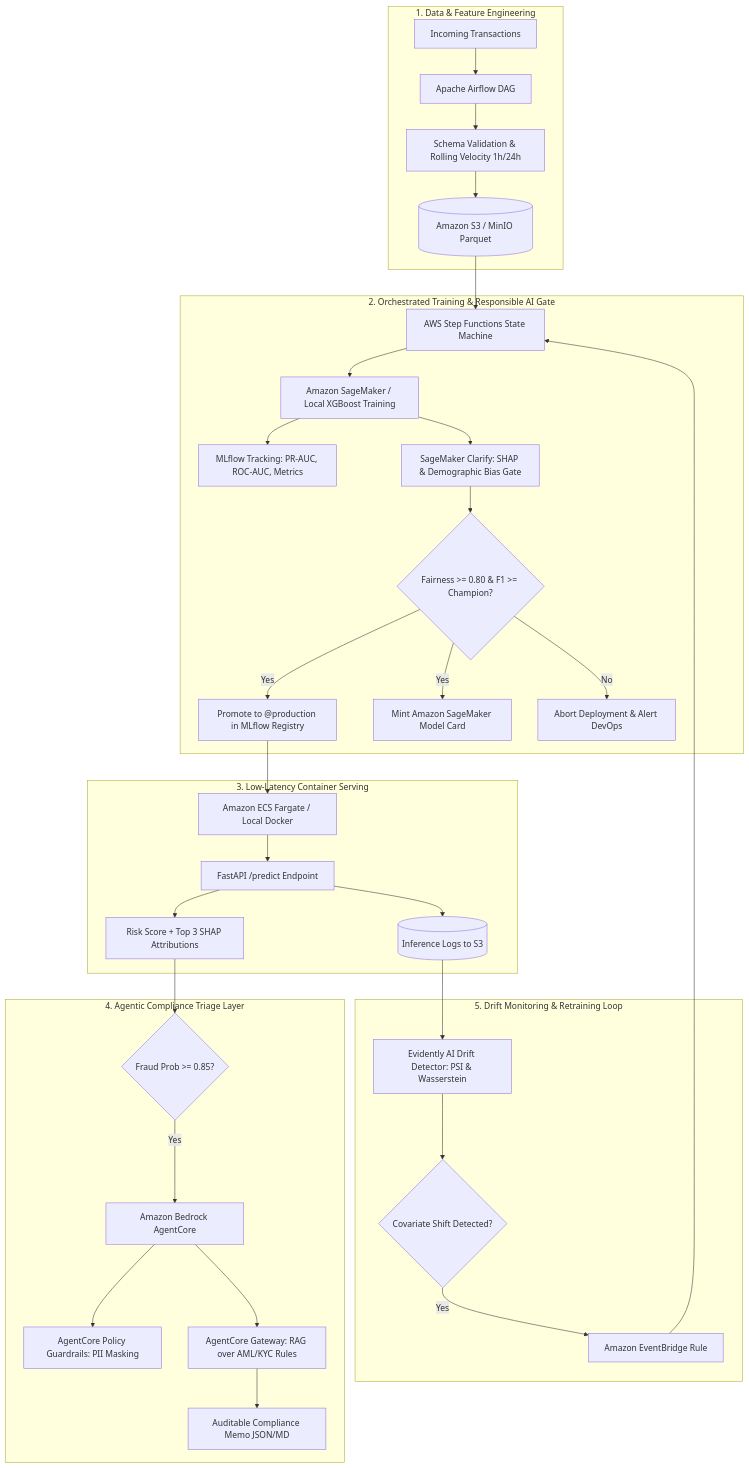
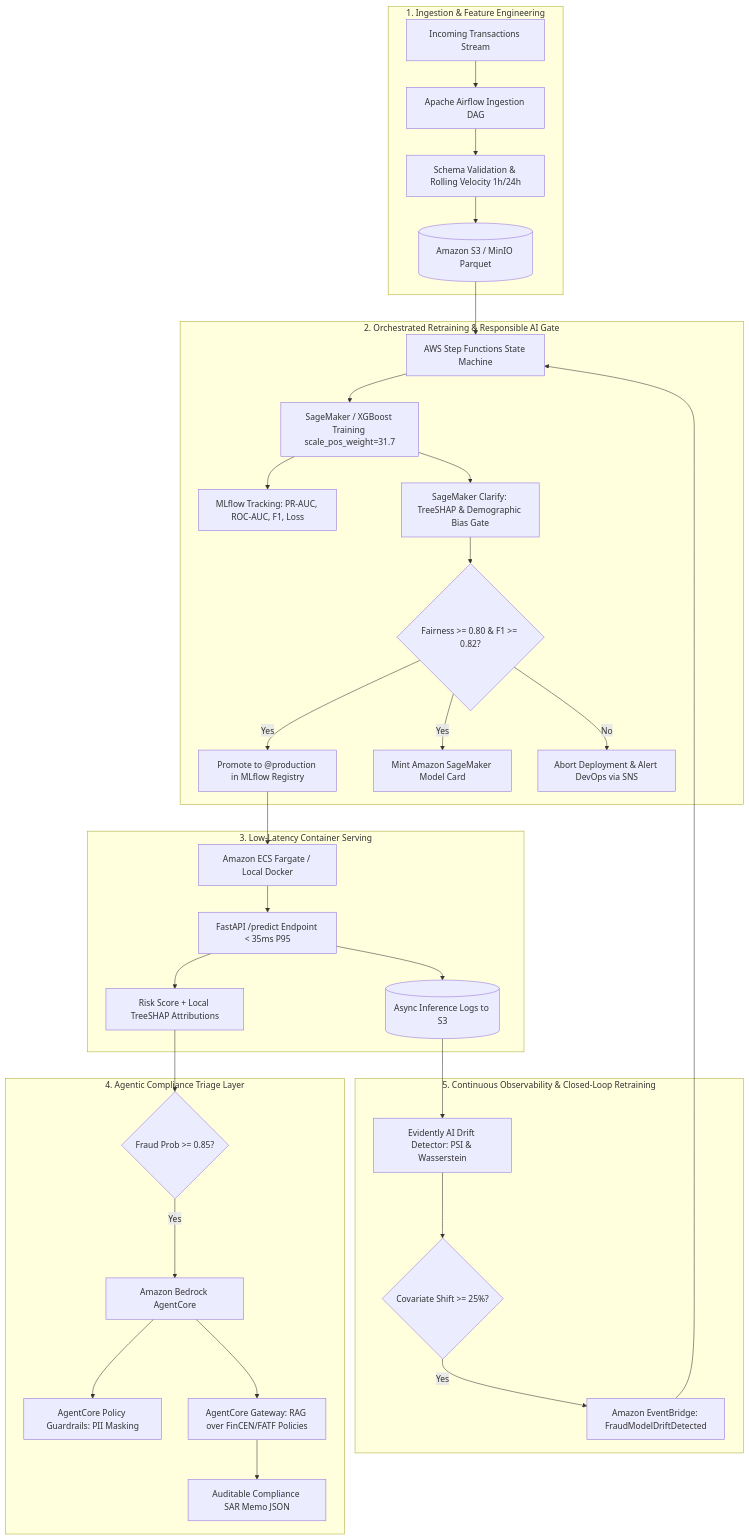
The diagram in README.md (devdasrahul/financial-risk-mlops), drawn with Mermaid before and after one commit. The commit also changed other lines of this file and 1 other file, not shown here.

Commit message:
docs: rebrand to personal flagship portfolio and add comprehensive dataset & feature documentation

````diff
--- a/README.md
+++ b/README.md
@@ -38,41 +73,41 @@
 ```mermaid
 flowchart TD
-    subgraph Layer1 [1. Data & Feature Engineering]
-        Tx[Incoming Transactions] --> AF[Apache Airflow DAG]
+    subgraph Layer1 [1. Ingestion & Feature Engineering]
+        Tx[Incoming Transactions Stream] --> AF[Apache Airflow Ingestion DAG]
         AF --> Pre[Schema Validation & Rolling Velocity 1h/24h]
         Pre --> S3Data[(Amazon S3 / MinIO Parquet)]
     end
 
-    subgraph Layer2 [2. Orchestrated Training & Responsible AI Gate]
+    subgraph Layer2 [2. Orchestrated Retraining & Responsible AI Gate]
         S3Data --> SF[AWS Step Functions State Machine]
-        SF --> Train[Amazon SageMaker / Local XGBoost Training]
-        Train --> MLF[MLflow Tracking: PR-AUC, ROC-AUC, Metrics]
-        Train --> Clarify[SageMaker Clarify: SHAP & Demographic Bias Gate]
-        Clarify --> Gate{Fairness >= 0.80 & F1 >= Champion?}
+        SF --> Train[SageMaker / XGBoost Training scale_pos_weight=31.7]
+        Train --> MLF[MLflow Tracking: PR-AUC, ROC-AUC, F1, Loss]
+        Train --> Clarify[SageMaker Clarify: TreeSHAP & Demographic Bias Gate]
+        Clarify --> Gate{Fairness >= 0.80 & F1 >= 0.82?}
         Gate -- Yes --> Prom[Promote to @production in MLflow Registry]
         Gate -- Yes --> MC[Mint Amazon SageMaker Model Card]
-        Gate -- No --> Rollback[Abort Deployment & Alert DevOps]
+        Gate -- No --> Rollback[Abort Deployment & Alert DevOps via SNS]
     end
 
     subgraph Layer3 [3. Low-Latency Container Serving]
         Prom --> ECS[Amazon ECS Fargate / Local Docker]
-        ECS --> API[FastAPI /predict Endpoint]
-        API --> Resp[Risk Score + Top 3 SHAP Attributions]
-        API --> S3Logs[(Inference Logs to S3)]
+        ECS --> API[FastAPI /predict Endpoint < 35ms P95]
+        API --> Resp[Risk Score + Local TreeSHAP Attributions]
+        API --> S3Logs[(Async Inference Logs to S3)]
     end
 
     subgraph Layer4 [4. Agentic Compliance Triage Layer]
         Resp --> HighRisk{Fraud Prob >= 0.85?}
         HighRisk -- Yes --> Agent[Amazon Bedrock AgentCore]
         Agent --> Policy[AgentCore Policy Guardrails: PII Masking]
-        Agent --> RAG[AgentCore Gateway: RAG over AML/KYC Rules]
-        RAG --> Memo[Auditable Compliance Memo JSON/MD]
+        Agent --> RAG[AgentCore Gateway: RAG over FinCEN/FATF Policies]
+        RAG --> Memo[Auditable Compliance SAR Memo JSON]
     end
 
-    subgraph Layer5 [5. Drift Monitoring & Retraining Loop]
+    subgraph Layer5 [5. Continuous Observability & Closed-Loop Retraining]
         S3Logs --> Drift[Evidently AI Drift Detector: PSI & Wasserstein]
-        Drift --> DriftCheck{Covariate Shift Detected?}
-        DriftCheck -- Yes --> EB[Amazon EventBridge Rule]
+        Drift --> DriftCheck{Covariate Shift >= 25%?}
+        DriftCheck -- Yes --> EB[Amazon EventBridge: FraudModelDriftDetected]
         EB --> SF
     end
 ```
````
